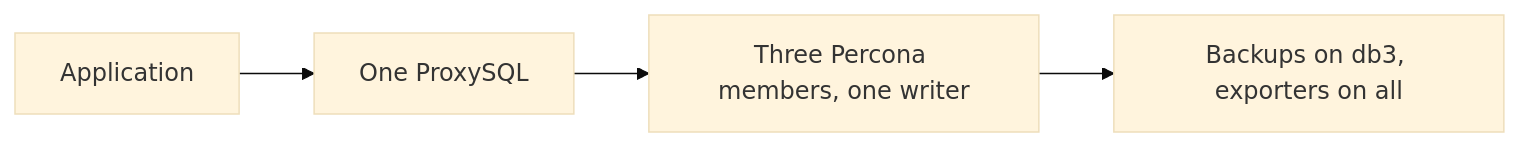
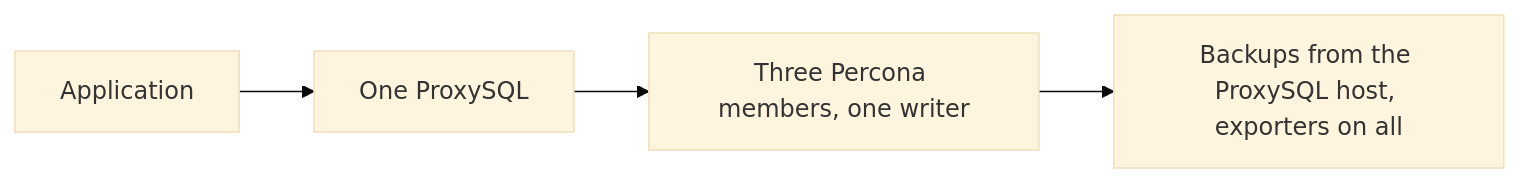
The second of 2 diagrams in docs/deployment-runbook.md (vishuops0210/percona_server_8.4), drawn with Mermaid (base theme) before and after one commit. The commit also changed other lines of this file and 45 other files, not shown here.

````diff
--- a/docs/deployment-runbook.md
+++ b/docs/deployment-runbook.md
@@ -48,6 +50,6 @@
 ```mermaid
 flowchart LR
   A[Application] --> P[One ProxySQL]
   P --> G[Three Percona members, one writer]
-  G --> B[Backups on db3, exporters on all]
+  G --> B[Backups from the ProxySQL host, exporters on all]
 ```
````
